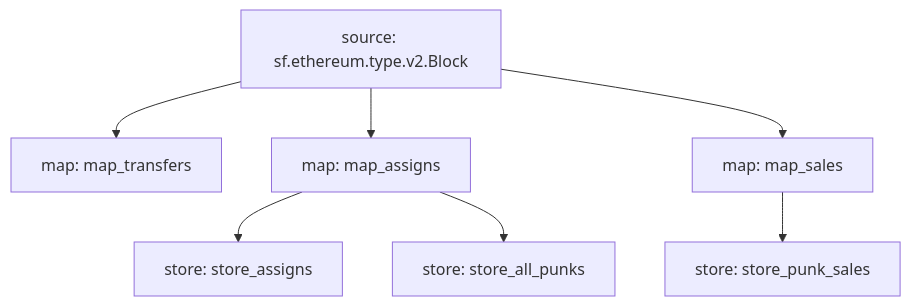
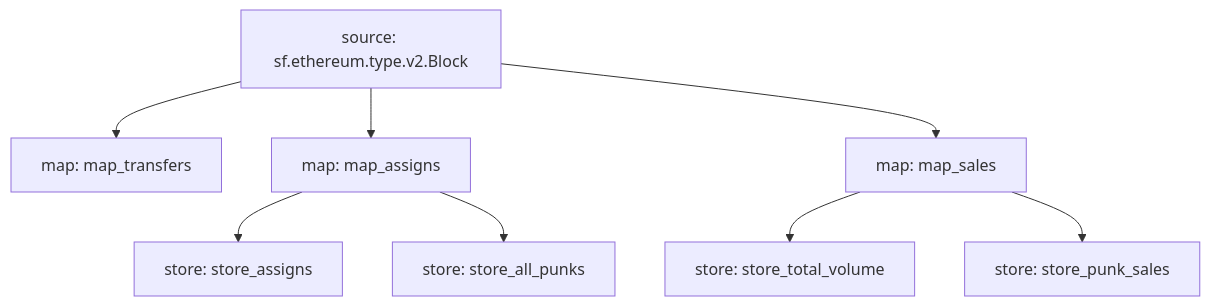
One commit to itsjerryokolo/cryptopunks_substreams changed the diagram in README.md. Above: the diagram before and after it, drawn with Mermaid.

````diff
--- a/README.md
+++ b/README.md
@@ -3,15 +3,17 @@
 ```mermaid
 graph TD;
   map_transfers[map: map_transfers]
   sf.ethereum.type.v2.Block[source: sf.ethereum.type.v2.Block] --> map_transfers
   map_assigns[map: map_assigns]
   sf.ethereum.type.v2.Block[source: sf.ethereum.type.v2.Block] --> map_assigns
   store_assigns[store: store_assigns]
   map_assigns --> store_assigns
   store_all_punks[store: store_all_punks]
   map_assigns --> store_all_punks
+  store_total_volume[store: store_total_volume]
+  map_sales --> store_total_volume
   store_punk_sales[store: store_punk_sales]
   map_sales --> store_punk_sales
   map_sales[map: map_sales]
   sf.ethereum.type.v2.Block[source: sf.ethereum.type.v2.Block] --> map_sales
 ```
````
